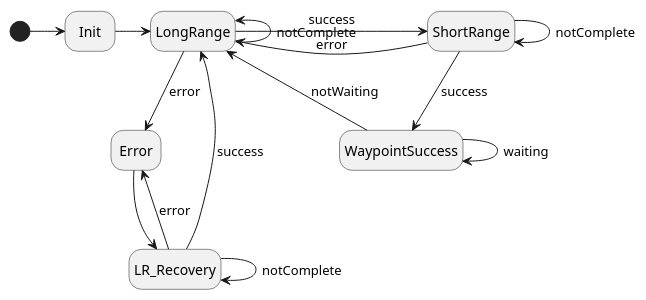
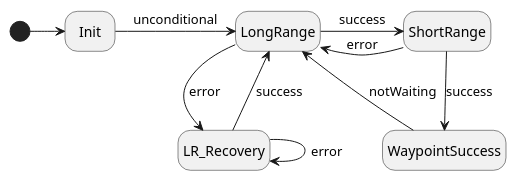
One commit to WisconsinRobotics/WRover_Software_23-24 changed the diagram in src/wr_logic_ai/nodes/nav_logic_state_machine.wsd. Above: the diagram before and after it, drawn with PlantUML. The commit also changed 11 other files, not shown here.

```diff
--- a/src/wr_logic_ai/nodes/nav_logic_state_machine.wsd
+++ b/src/wr_logic_ai/nodes/nav_logic_state_machine.wsd
@@ -1,19 +1,14 @@
 @startuml Navigation State Machine
 hide empty description
 
 [*] -right-> Init
-Init -right-> LongRange
-LongRange -up-> LongRange : notComplete
-LongRange -down-> Error : error
-Error -down-> LR_Recovery
-LR_Recovery --> LR_Recovery : notComplete
-LR_Recovery --> Error : error
+Init -right-> LongRange : unconditional
+LongRange -down-> LR_Recovery : error
+LR_Recovery --> LR_Recovery : error
 LR_Recovery --> LongRange : success
 LongRange -right-> ShortRange : success
-ShortRange --> ShortRange : notComplete
 ShortRange -left-> LongRange : error
 ShortRange --> WaypointSuccess : success
-WaypointSuccess --> WaypointSuccess : waiting
 WaypointSuccess -up-> LongRange : notWaiting
 
 @enduml
```
